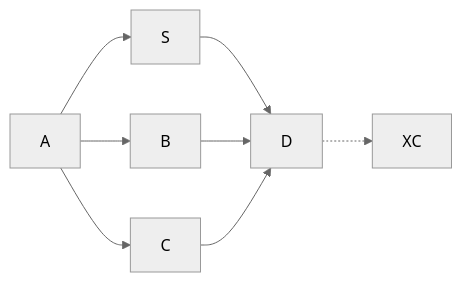
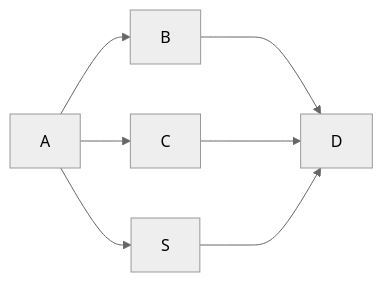
Before and after one commit to editscanx/ScanX_app: the diagram in التطبيق/مواصفات.md, drawn with Mermaid (neutral theme).

````diff
--- a/التطبيق/مواصفات.md
+++ b/التطبيق/مواصفات.md
@@ -1,11 +1,6 @@
 ```mermaid
 graph LR;
-    A-->B;
-    A-->C;
-A-->S;
-S-->D;
-    B-->D;
-    C-->D;
-    D-.->XC;
+    A --> B & C & S
+   B & C & S ---> D
 
 ```
````
